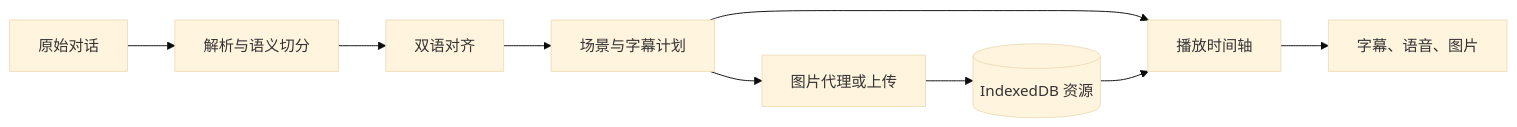
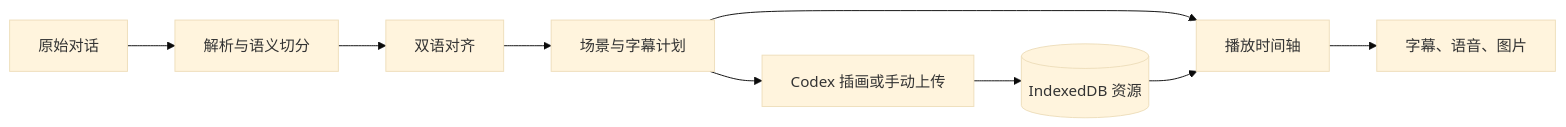
One commit to seki999/ai-bilingual-story-player changed the diagram in docs/ARCHITECTURE.md. Above: the diagram before and after it, drawn with Mermaid (base theme). The commit also changed other lines of this file and 4 other files, not shown here.

````diff
--- a/docs/ARCHITECTURE.md
+++ b/docs/ARCHITECTURE.md
@@ -9,11 +11,11 @@
 ```mermaid
 flowchart LR
   D[原始对话] --> P[解析与语义切分]
   P --> A[双语对齐]
   A --> S[场景与字幕计划]
-  S --> I[图片代理或上传]
+  S --> I[Codex 插画或手动上传]
   S --> T[播放时间轴]
   I --> DB[(IndexedDB 资源)]
   DB --> T
   T --> V[字幕、语音、图片]
 ```
````
